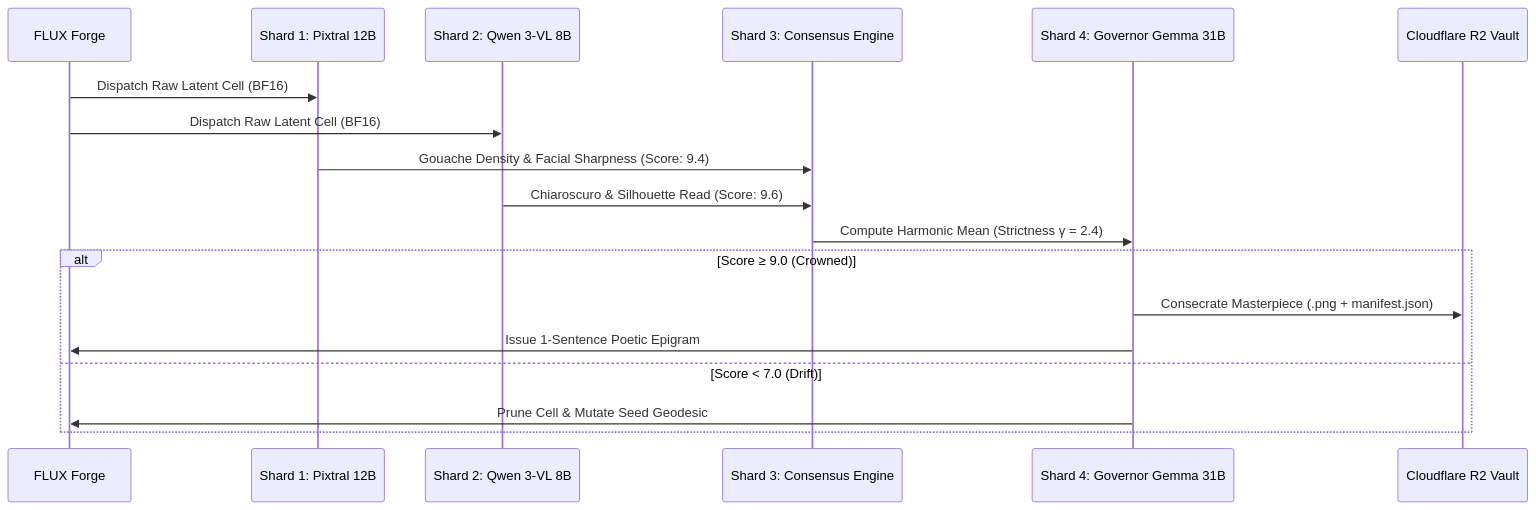
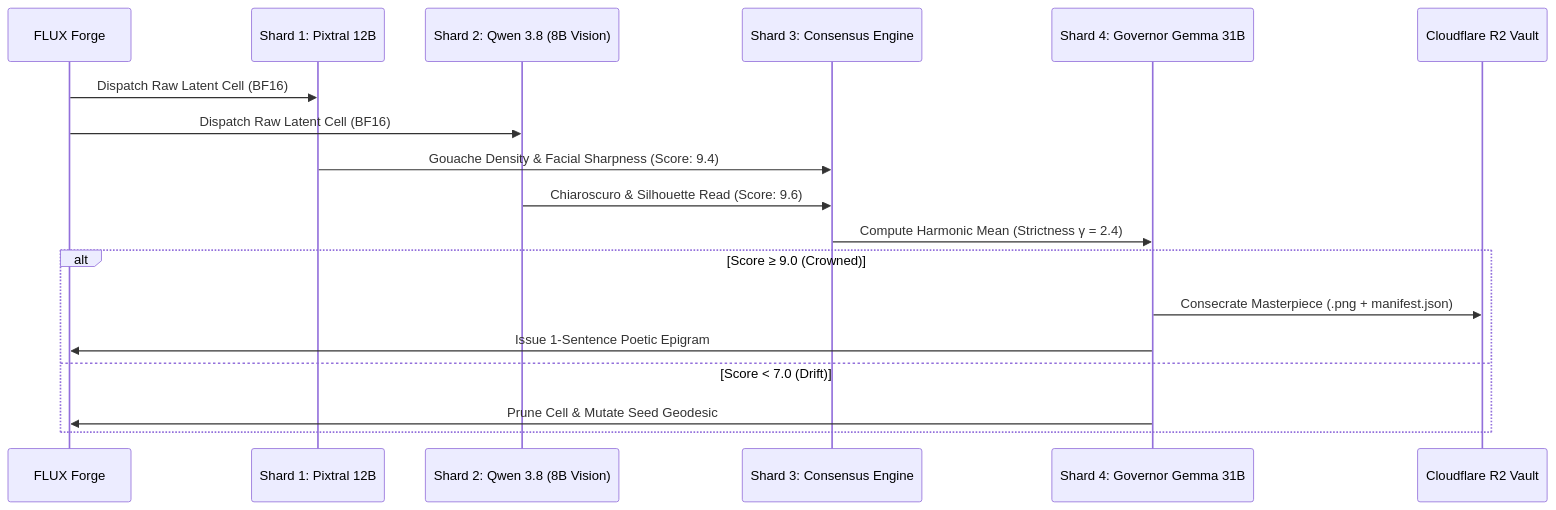
One commit to quivent/FLUX changed the second of 2 diagrams in docs/ARCANE_LATENT_CARTOGRAPHY_PROTOCOL_SPEC.md. Above: the diagram before and after it, drawn with Mermaid. The commit also changed 3 other files, not shown here.

````diff
--- a/docs/ARCANE_LATENT_CARTOGRAPHY_PROTOCOL_SPEC.md
+++ b/docs/ARCANE_LATENT_CARTOGRAPHY_PROTOCOL_SPEC.md
@@ -124,21 +124,21 @@
 ```mermaid
 sequenceDiagram
     participant F as FLUX Forge
     participant P as Shard 1: Pixtral 12B
-    participant Q as Shard 2: Qwen 3-VL 8B
+    participant Q as Shard 2: Qwen 3.8 (8B Vision)
     participant C as Shard 3: Consensus Engine
     participant G as Shard 4: Governor Gemma 31B
     participant R as Cloudflare R2 Vault
 
     F->>P: Dispatch Raw Latent Cell (BF16)
     F->>Q: Dispatch Raw Latent Cell (BF16)
     P->>C: Gouache Density & Facial Sharpness (Score: 9.4)
     Q->>C: Chiaroscuro & Silhouette Read (Score: 9.6)
     C->>G: Compute Harmonic Mean (Strictness γ = 2.4)
     alt Score ≥ 9.0 (Crowned)
         G->>R: Consecrate Masterpiece (.png + manifest.json)
         G->>F: Issue 1-Sentence Poetic Epigram
     else Score < 7.0 (Drift)
         G->>F: Prune Cell & Mutate Seed Geodesic
     end
 ```
````
